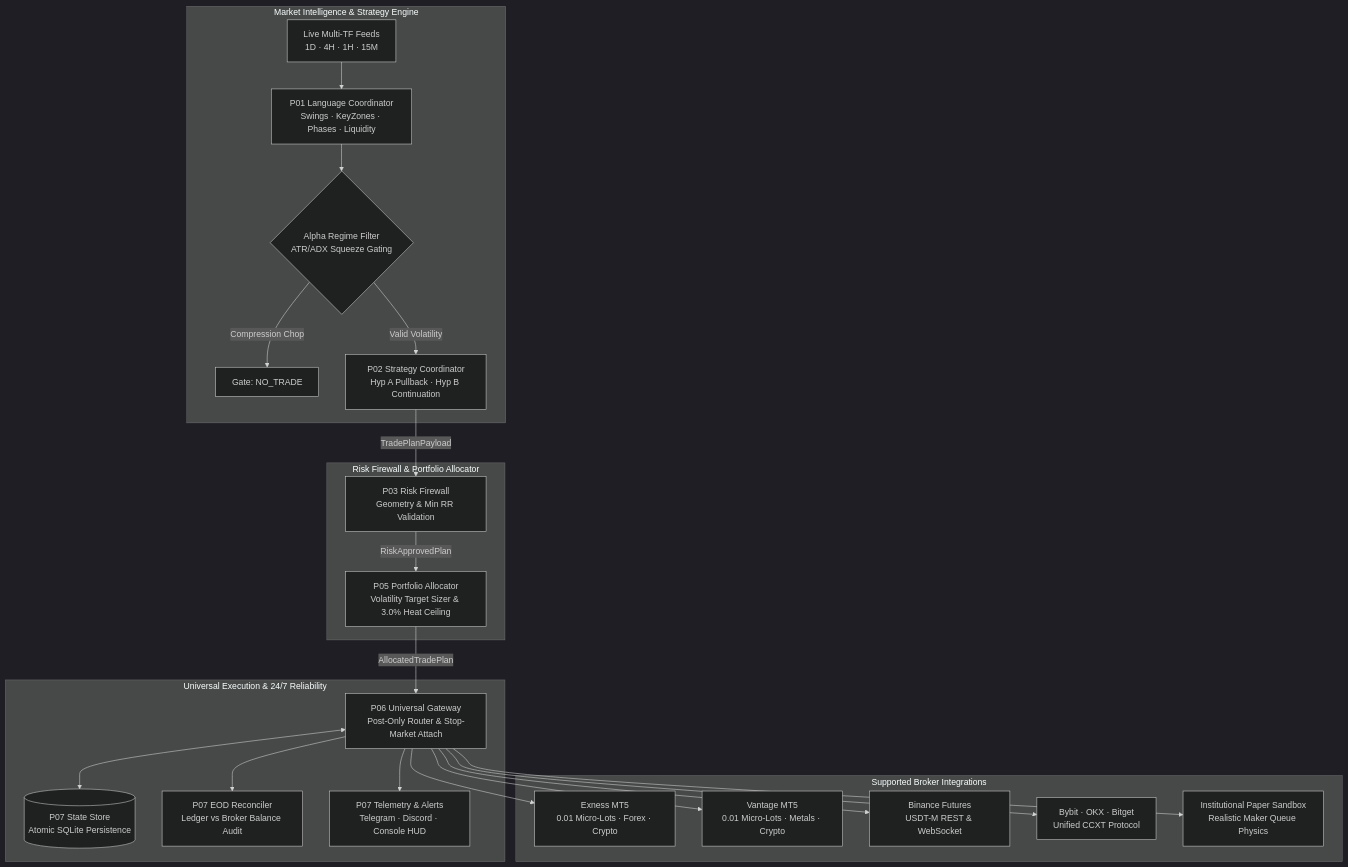
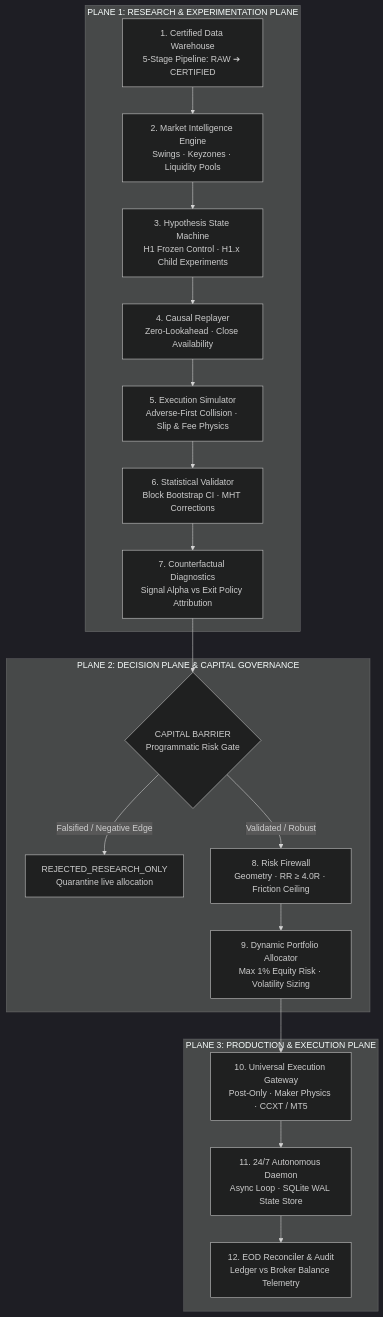
One commit to Quantitative-Systems/crypto-platform changed the diagram in README.md. Above: the diagram before and after it, drawn with Mermaid (dark theme). The commit also changed other lines of this file and 3 other files, not shown here.

Commit message:
docs: upgrade quantitative research documentation, status, and governance

````diff
--- a/README.md
+++ b/README.md
@@ -24,29 +27,24 @@
 ```mermaid
 flowchart TD
-    subgraph P01_P02 [Market Intelligence & Strategy Engine]
-        FEEDS[Live Multi-TF Feeds<br/>1D · 4H · 1H · 15M] --> P01[P01 Language Coordinator<br/>Swings · KeyZones · Phases · Liquidity]
-        P01 --> REGIME{Alpha Regime Filter<br/>ATR/ADX Squeeze Gating}
-        REGIME -->|Compression Chop| REJECT[Gate: NO_TRADE]
-        REGIME -->|Valid Volatility| P02[P02 Strategy Coordinator<br/>Hyp A Pullback · Hyp B Continuation]
+    subgraph Plane1 [PLANE 1: RESEARCH & EXPERIMENTATION PLANE]
+        D01[1. Certified Data Warehouse<br/>5-Stage Pipeline: RAW ➔ CERTIFIED] --> D02[2. Market Intelligence Engine<br/>Swings · Keyzones · Liquidity Pools]
+        D02 --> D03[3. Hypothesis State Machine<br/>H1 Frozen Control · H1.x Child Experiments]
+        D03 --> D04[4. Causal Replayer<br/>Zero-Lookahead · Close Availability]
+        D04 --> D05[5. Execution Simulator<br/>Adverse-First Collision · Slip & Fee Physics]
+        D05 --> D06[6. Statistical Validator<br/>Block Bootstrap CI · MHT Corrections]
+        D06 --> D07[7. Counterfactual Diagnostics<br/>Signal Alpha vs Exit Policy Attribution]
     end
 
-    subgraph P03_P05 [Risk Firewall & Portfolio Allocator]
-        P02 -->|TradePlanPayload| P03[P03 Risk Firewall<br/>Geometry & Min RR Validation]
-        P03 -->|RiskApprovedPlan| P05[P05 Portfolio Allocator<br/>Volatility Target Sizer & 3.0% Heat Ceiling]
+    subgraph Plane2 [PLANE 2: DECISION PLANE & CAPITAL GOVERNANCE]
+        D07 --> CB{CAPITAL BARRIER<br/>Programmatic Risk Gate}
+        CB -->|Falsified / Negative Edge| RO[REJECTED_RESEARCH_ONLY<br/>Quarantine live allocation]
+        CB -->|Validated / Robust| D08[8. Risk Firewall<br/>Geometry · RR ≥ 4.0R · Friction Ceiling]
+        D08 --> D09[9. Dynamic Portfolio Allocator<br/>Max 1% Equity Risk · Volatility Sizing]
     end
 
-    subgraph P06_P07 [Universal Execution & 24/7 Reliability]
-        P05 -->|AllocatedTradePlan| P06[P06 Universal Gateway<br/>Post-Only Router & Stop-Market Attach]
-        P06 <--> STORE[(P07 State Store<br/>Atomic SQLite Persistence)]
-        P06 --> RECON[P07 EOD Reconciler<br/>Ledger vs Broker Balance Audit]
-        P06 --> ALERT[P07 Telemetry & Alerts<br/>Telegram · Discord · Console HUD]
-    end
-
-    subgraph Brokers [Supported Broker Integrations]
-        P06 --> EXNESS[Exness MT5<br/>0.01 Micro-Lots · Forex · Crypto]
-        P06 --> VANTAGE[Vantage MT5<br/>0.01 Micro-Lots · Metals · Crypto]
-        P06 --> BINANCE[Binance Futures<br/>USDT-M REST & WebSocket]
-        P06 --> CCXT[Bybit · OKX · Bitget<br/>Unified CCXT Protocol]
-        P06 --> PAPER[Institutional Paper Sandbox<br/>Realistic Maker Queue Physics]
+    subgraph Plane3 [PLANE 3: PRODUCTION & EXECUTION PLANE]
+        D09 --> D10[10. Universal Execution Gateway<br/>Post-Only · Maker Physics · CCXT / MT5]
+        D10 --> D11[11. 24/7 Autonomous Daemon<br/>Async Loop · SQLite WAL State Store]
+        D11 --> D12[12. EOD Reconciler & Audit<br/>Ledger vs Broker Balance Telemetry]
     end
 ```
````
